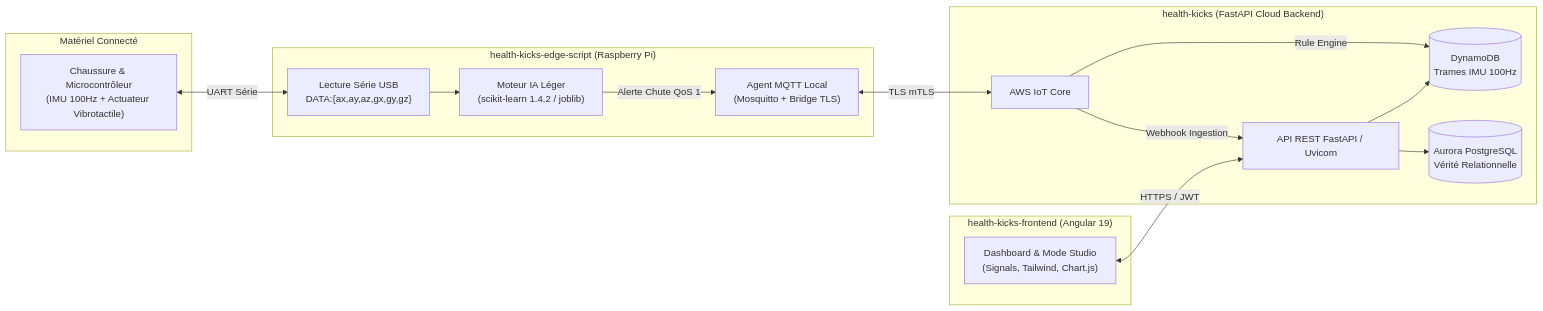
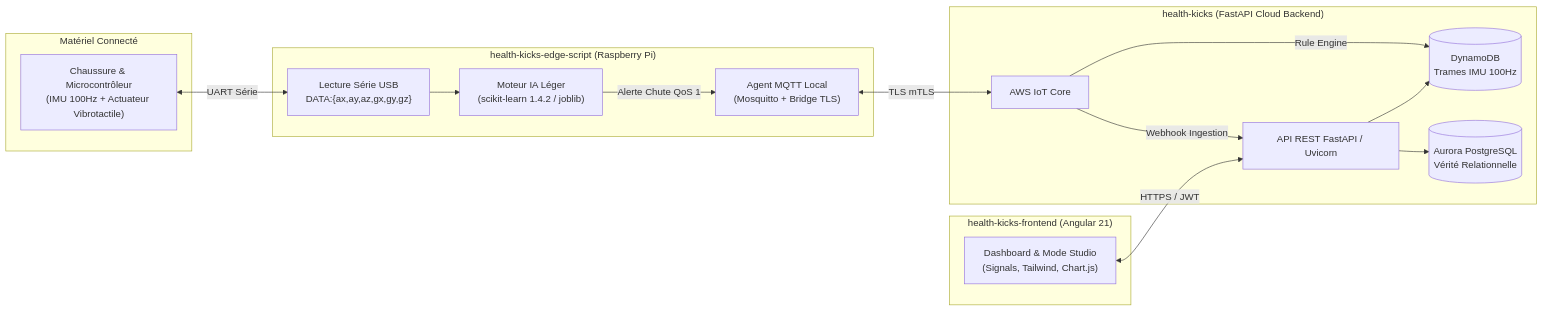
One commit to daverck/health-kicks-ecosystem changed the diagram in docs/architecture/system_overview.md. Above: the diagram before and after it, drawn with Mermaid. The commit also changed other lines of this file and 2 other files, not shown here.

Commit message:
chore(frontend): upgrade Angular to v21 and update ecosystem documentation

````diff
--- a/docs/architecture/system_overview.md
+++ b/docs/architecture/system_overview.md
@@ -9,33 +9,33 @@
 ```mermaid
 flowchart LR
     subgraph Footwear["Matériel Connecté"]
         Arduino["Chaussure & Microcontrôleur\n(IMU 100Hz + Actuateur Vibrotactile)"]
     end
 
     subgraph Edge["health-kicks-edge-script (Raspberry Pi)"]
         SerialReader["Lecture Série USB\nDATA:{ax,ay,az,gx,gy,gz}"]
         Inference["Moteur IA Léger\n(scikit-learn 1.4.2 / joblib)"]
         MQTTBridge["Agent MQTT Local\n(Mosquitto + Bridge TLS)"]
     end
 
     subgraph Cloud["health-kicks (FastAPI Cloud Backend)"]
         IoTCore["AWS IoT Core"]
         FastAPI["API REST FastAPI / Uvicorn"]
         DynamoDB[("DynamoDB\nTrames IMU 100Hz")]
         Aurora[("Aurora PostgreSQL\nVérité Relationnelle")]
     end
 
-    subgraph Client["health-kicks-frontend (Angular 19)"]
+    subgraph Client["health-kicks-frontend (Angular 21)"]
         Dashboard["Dashboard & Mode Studio\n(Signals, Tailwind, Chart.js)"]
     end
 
     Arduino <-->|UART Série| SerialReader
     SerialReader --> Inference
     Inference -->|Alerte Chute QoS 1| MQTTBridge
     MQTTBridge <-->|TLS mTLS| IoTCore
     IoTCore -->|Rule Engine| DynamoDB
     IoTCore -->|Webhook Ingestion| FastAPI
     FastAPI --> DynamoDB
     FastAPI --> Aurora
     Dashboard <-->|HTTPS / JWT| FastAPI
 ```
````
